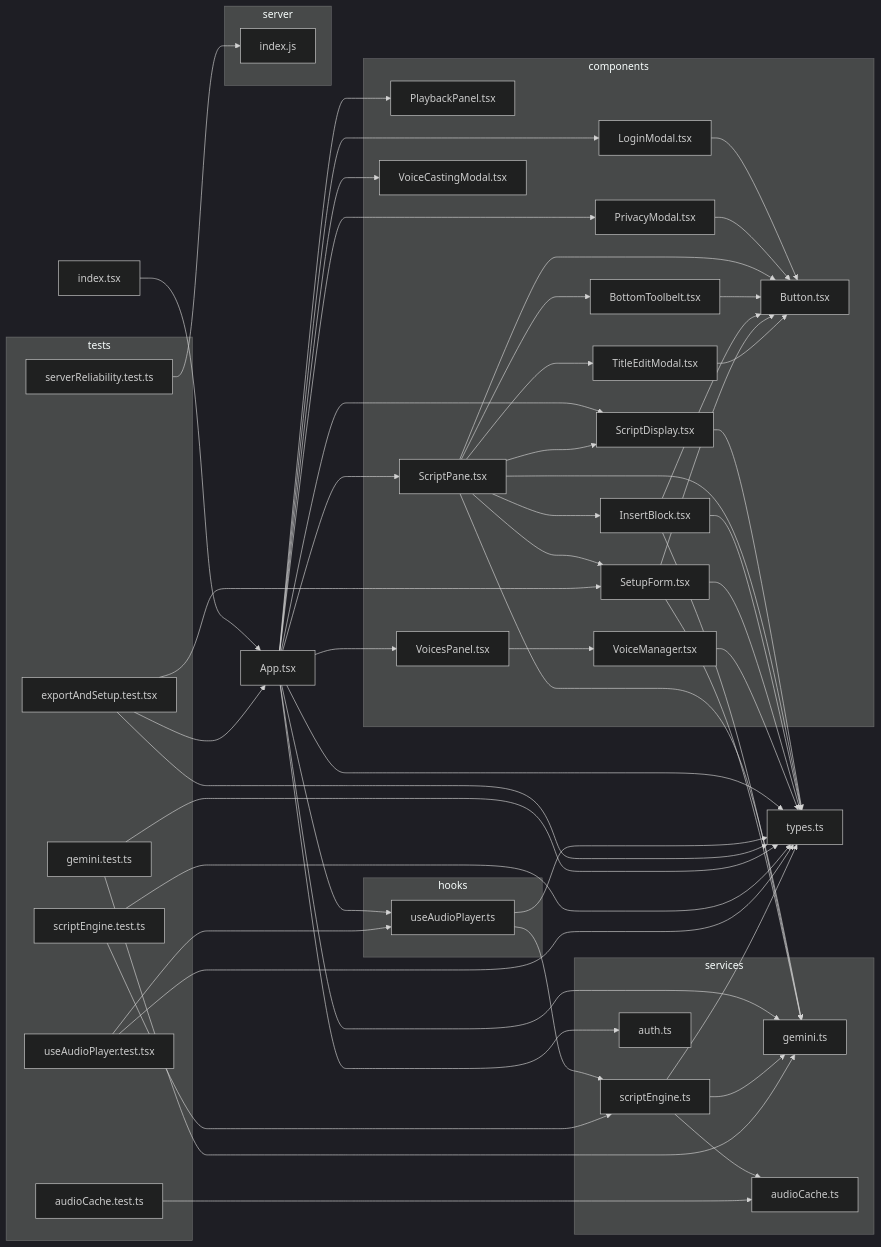
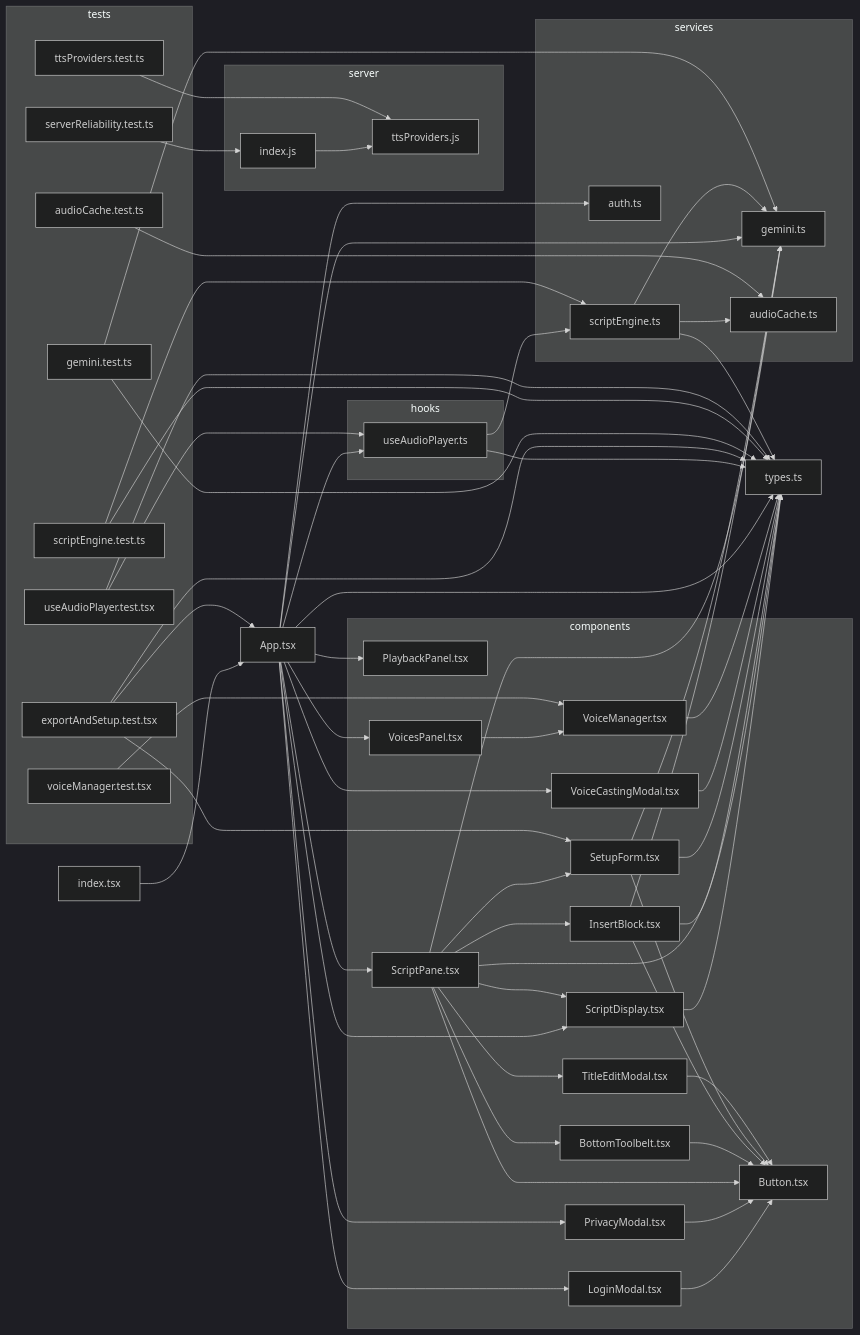
Before and after one commit to seanzmc/Script-Seance: the diagram in docs/dependency-graph.mmd, drawn with Mermaid (dark theme).

Commit message:
Update dependency graph with new TTS and voice modules
Adds ttsProviders, voice manager, and their test files to the
dependency graph, along with updated dependency edges to reflect
the new module relationships.

```diff
--- a/docs/dependency-graph.mmd
+++ b/docs/dependency-graph.mmd
@@ -1,89 +1,96 @@
 flowchart LR
 
 0["App.tsx"]
 subgraph 1["components"]
 2["LoginModal.tsx"]
 3["Button.tsx"]
 4["PlaybackPanel.tsx"]
 5["PrivacyModal.tsx"]
 6["ScriptDisplay.tsx"]
 8["ScriptPane.tsx"]
 B["BottomToolbelt.tsx"]
 C["InsertBlock.tsx"]
 D["SetupForm.tsx"]
 E["TitleEditModal.tsx"]
 F["VoiceCastingModal.tsx"]
 G["VoicesPanel.tsx"]
 H["VoiceManager.tsx"]
 end
 7["types.ts"]
 subgraph 9["services"]
 A["gemini.ts"]
 K["scriptEngine.ts"]
 L["audioCache.ts"]
 M["auth.ts"]
 end
 subgraph I["hooks"]
 J["useAudioPlayer.ts"]
 end
 N["index.tsx"]
 subgraph O["server"]
 P["index.js"]
+Q["ttsProviders.js"]
 end
-subgraph Q["tests"]
-R["audioCache.test.ts"]
-S["exportAndSetup.test.tsx"]
-T["gemini.test.ts"]
-U["scriptEngine.test.ts"]
-V["serverReliability.test.ts"]
-W["useAudioPlayer.test.tsx"]
+subgraph R["tests"]
+S["audioCache.test.ts"]
+T["exportAndSetup.test.tsx"]
+U["gemini.test.ts"]
+V["scriptEngine.test.ts"]
+W["serverReliability.test.ts"]
+X["ttsProviders.test.ts"]
+Y["useAudioPlayer.test.tsx"]
+Z["voiceManager.test.tsx"]
 end
 0-->2
 0-->4
 0-->5
 0-->6
 0-->8
 0-->F
 0-->G
 0-->J
 0-->M
 0-->A
 0-->7
 2-->3
 5-->3
 6-->7
 8-->A
 8-->7
 8-->B
 8-->3
 8-->C
 8-->6
 8-->D
 8-->E
 B-->3
 C-->A
 C-->7
 C-->3
 D-->A
 D-->7
 D-->3
 E-->3
+F-->7
 G-->H
 H-->7
 J-->K
 J-->7
 K-->7
 K-->L
 K-->A
 N-->0
-R-->L
-S-->0
-S-->D
-S-->7
-T-->A
+P-->Q
+S-->L
+T-->0
+T-->D
 T-->7
-U-->K
+U-->A
 U-->7
-V-->P
-W-->J
-W-->7
+V-->K
+V-->7
+W-->P
+X-->Q
+Y-->J
+Y-->7
+Z-->H
```
